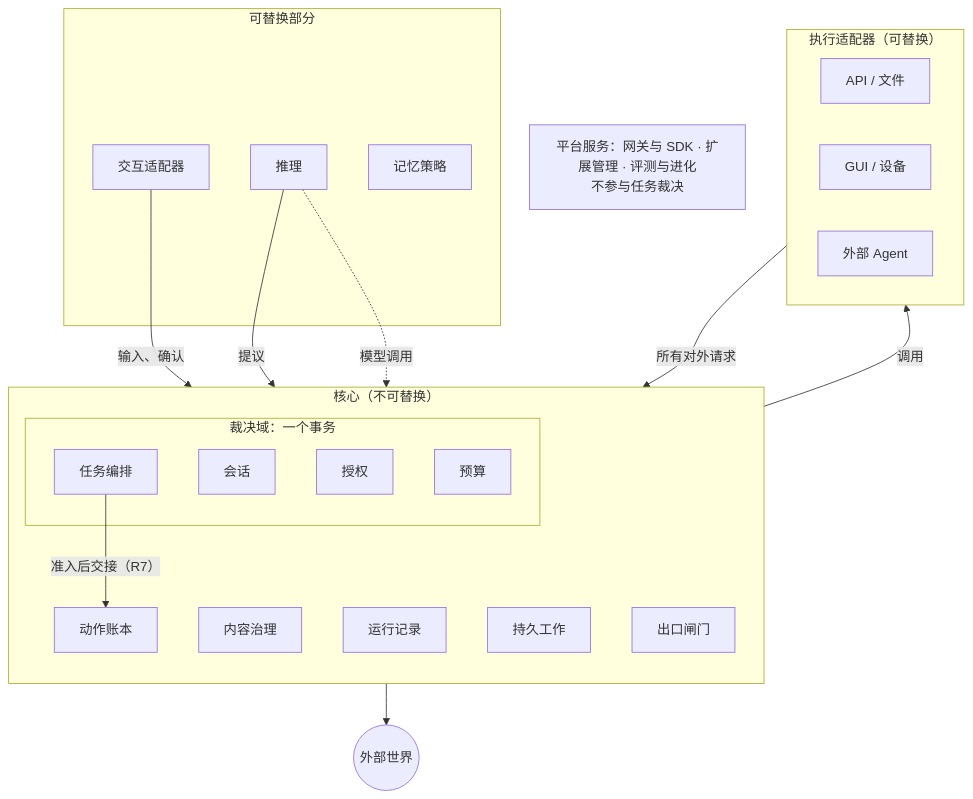
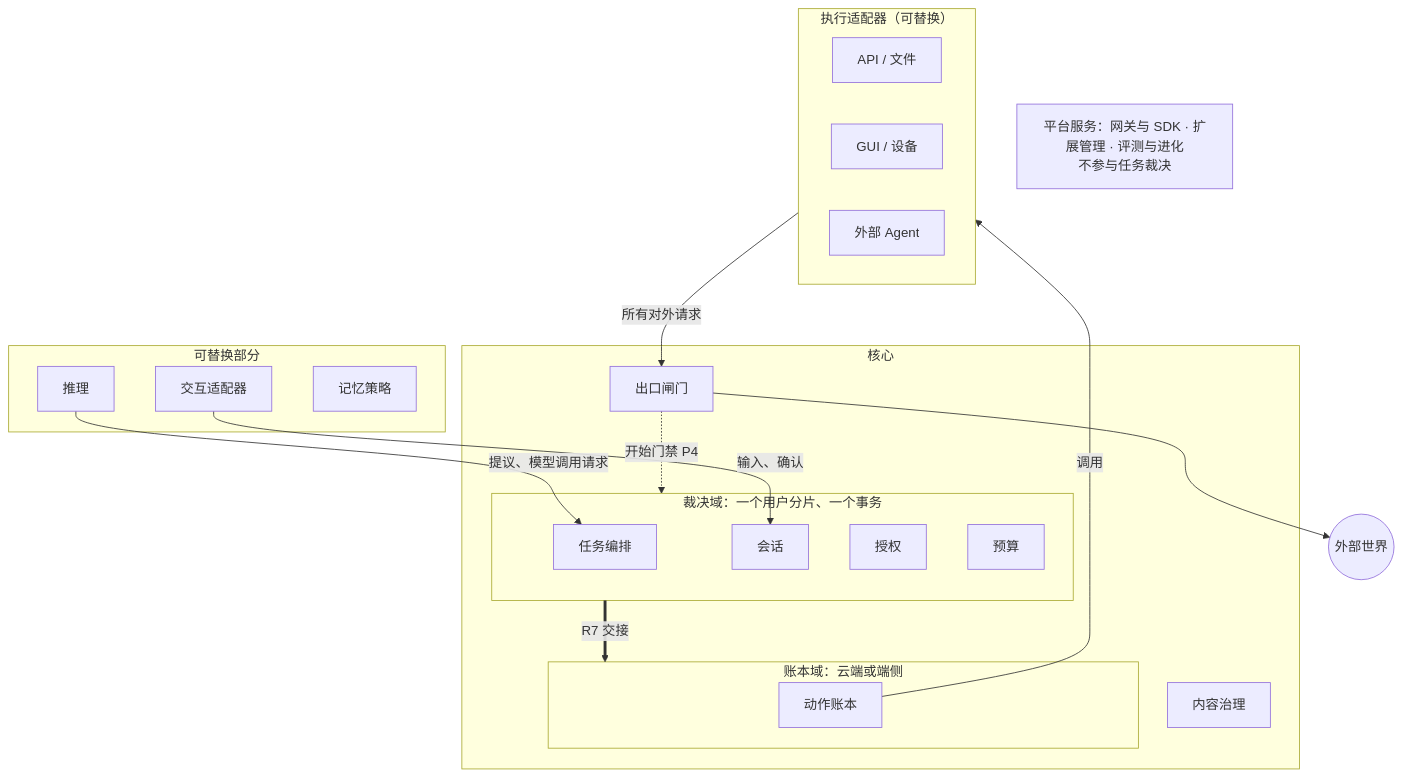
The first of 7 diagrams in docs/architecture/overview.md (ruipengliu/lerna), drawn with Mermaid before and after one commit. The commit also changed other lines of this file and 22 other files, not shown here.

````diff
--- a/docs/architecture/overview.md
+++ b/docs/architecture/overview.md
@@ -80,36 +51,35 @@
 ```mermaid
 flowchart TB
     subgraph R["可替换部分"]
         IA["交互适配器"]
         RE["推理"]
         ME["记忆策略"]
     end
-    subgraph C["核心（不可替换）"]
-        direction TB
-        subgraph AD["裁决域：一个事务"]
+    subgraph C["核心"]
+        subgraph AD["裁决域：一个用户分片、一个事务"]
             TK["任务编排"]
             SE["会话"]
             GR["授权"]
             BU["预算"]
         end
-        LE["动作账本"]
+        subgraph LD["账本域：云端或端侧"]
+            LE["动作账本"]
+        end
         CO["内容治理"]
-        TR["运行记录"]
-        DU["持久工作"]
         EG["出口闸门"]
     end
     subgraph X["执行适配器（可替换）"]
         API["API / 文件"]
         GUI["GUI / 设备"]
         AG["外部 Agent"]
     end
     W(("外部世界"))
     IA -- "输入、确认" --> SE
-    RE -- "提议" --> TK
-    TK -- "准入后交接（R7）" --> LE
+    RE -- "提议、模型调用请求" --> TK
+    AD == "R7 交接" ==> LD
     LE -- "调用" --> X
     X -- "所有对外请求" --> EG
-    RE -. "模型调用" .-> EG
+    EG -. "开始门禁 P4" .-> AD
     EG --> W
     P["平台服务：网关与 SDK · 扩展管理 · 评测与进化<br/>不参与任务裁决"]
 ```
````
